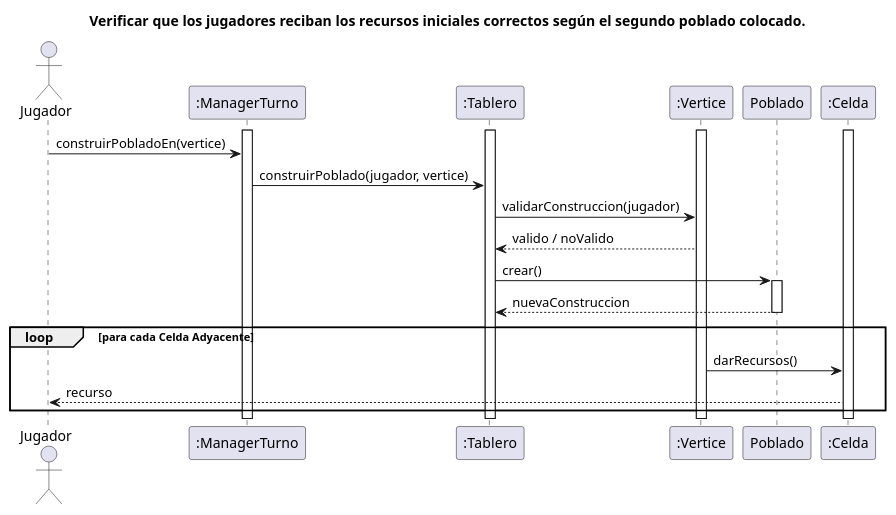
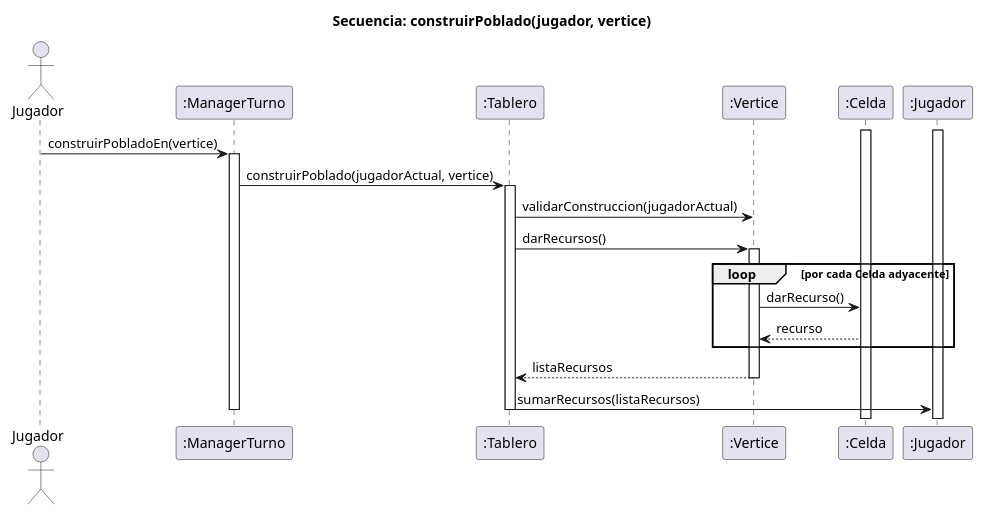
One commit to MaurizioG28/algo3_proyecto_base_tp2 changed the diagram in diagrams/ENTREGA N°1/sequences/Tp2_Diagrama_Secuencia_3_verificar_jugadores_reciban_recursos_según_segundo_poblado.plantuml. Above: the diagram before and after it, drawn with PlantUML.

Commit message:
Actualizacion del DS del punto 3-entregable1

```diff
--- a/diagrams/ENTREGA N°1/sequences/Tp2_Diagrama_Secuencia_3_verificar_jugadores_reciban_recursos_según_segundo_poblado.plantuml
+++ b/diagrams/ENTREGA N°1/sequences/Tp2_Diagrama_Secuencia_3_verificar_jugadores_reciban_recursos_según_segundo_poblado.plantuml
@@ -1,29 +1,36 @@
 @startuml
-title Verificar que los jugadores reciban los recursos iniciales correctos según el segundo poblado colocado.
+title Secuencia: construirPoblado(jugador, vertice)
 
 actor Jugador
 participant ":ManagerTurno" as ManagerTurno
 participant ":Tablero" as Tablero
 participant ":Vertice" as Vertice
-participant Poblado
 participant ":Celda" as Celda
+participant ":Jugador" as JugadorObj
+activate JugadorObj
+activate Celda
+Jugador -> ManagerTurno : construirPobladoEn(vertice)
 activate ManagerTurno
+
+ManagerTurno -> Tablero : construirPoblado(jugadorActual, vertice)
 activate Tablero
+
+Tablero -> Vertice : validarConstruccion(jugadorActual)
+
+Tablero -> Vertice : darRecursos()
 activate Vertice
 
-activate Celda
-Jugador -> ManagerTurno : construirPobladoEn(vertice)
-ManagerTurno -> Tablero : construirPoblado(jugador, vertice)
-Tablero -> Vertice : validarConstruccion(jugador)
-Vertice --> Tablero : valido / noValido
-
-Tablero -> Poblado : crear()
-activate Poblado
-Poblado --> Tablero : nuevaConstruccion
-deactivate Poblado
-loop para cada Celda Adyacente
-    Vertice -> Celda: darRecursos()
-    Celda --> Jugador :recurso
+loop por cada Celda adyacente
+    Vertice -> Celda : darRecurso()
+    Celda --> Vertice : recurso
 end
 
+Vertice --> Tablero : listaRecursos
+deactivate Vertice
+
+Tablero -> JugadorObj : sumarRecursos(listaRecursos)
+
+deactivate Tablero
+deactivate ManagerTurno
+
 @enduml
```
